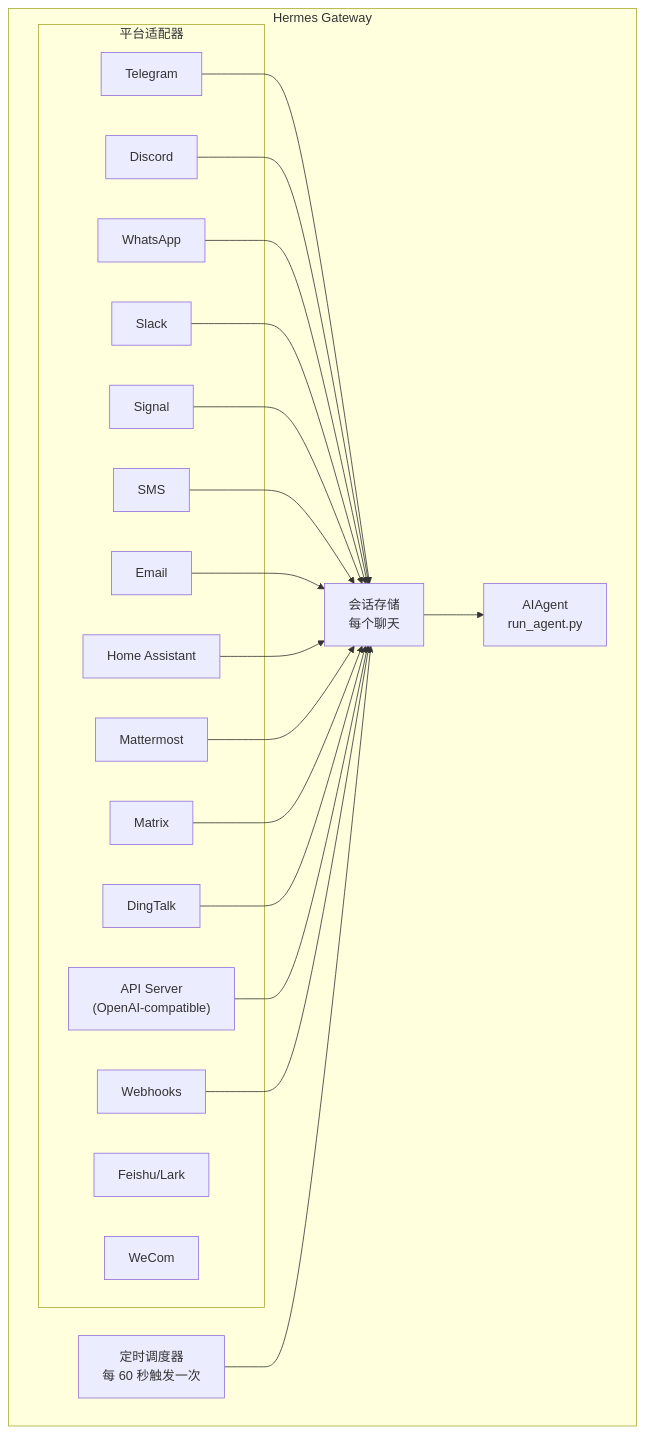
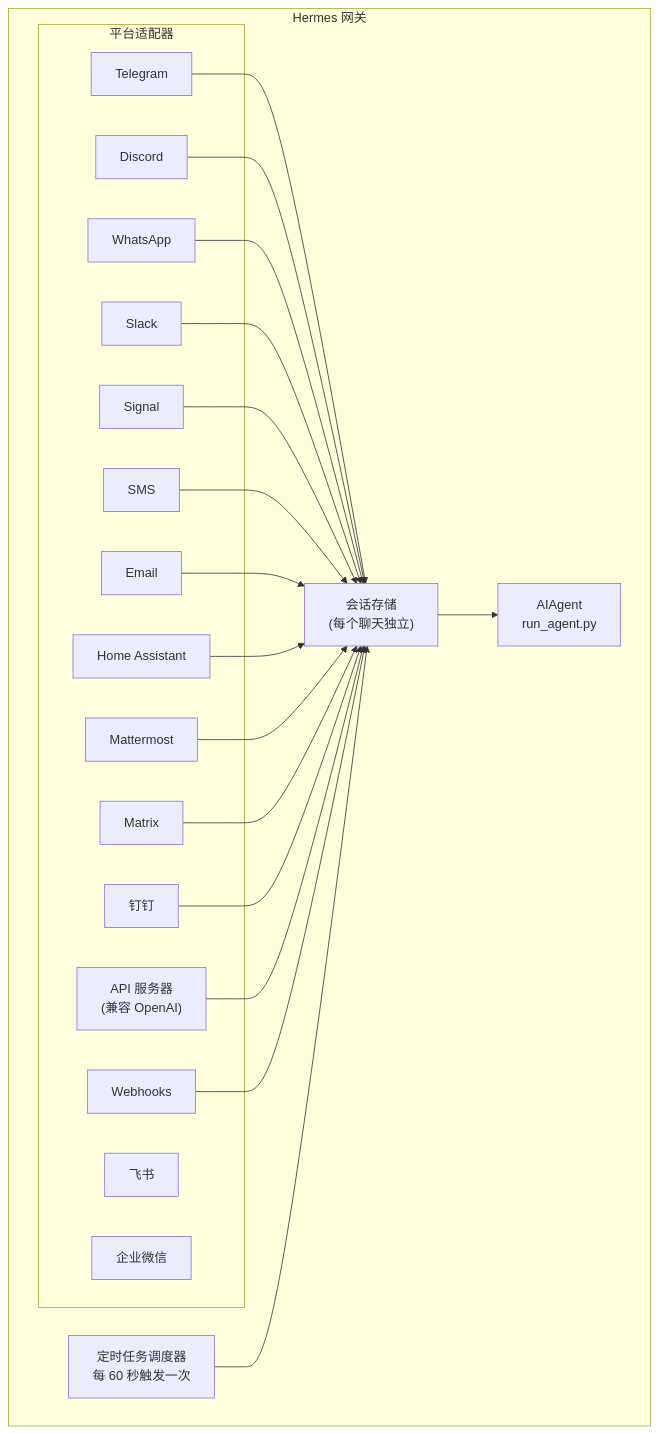
Before and after one commit to dracohu2025-cloud/hermes-agent: the diagram in site/docs/user-guide/messaging/index.md, drawn with Mermaid. The commit also changed other lines of this file and 181 other files, not shown here.

````diff
--- a/site/docs/user-guide/messaging/index.md
+++ b/site/docs/user-guide/messaging/index.md
@@ -35,42 +35,42 @@
 ```mermaid
 flowchart TB
-    subgraph Gateway["Hermes Gateway"]
+    subgraph Gateway["Hermes 网关"]
         subgraph Adapters["平台适配器"]
             tg[Telegram]
             dc[Discord]
             wa[WhatsApp]
             sl[Slack]
             sig[Signal]
             sms[SMS]
             em[Email]
             ha[Home Assistant]
             mm[Mattermost]
             mx[Matrix]
-            dt[DingTalk]
-    fs[Feishu/Lark]
-    wc[WeCom]
-            api["API Server<br/>(OpenAI-compatible)"]
+            dt[钉钉]
+    fs[飞书]
+    wc[企业微信]
+            api["API 服务器<br/>(兼容 OpenAI)"]
             wh[Webhooks]
         end
 
-        store["会话存储<br/>每个聊天"]
+        store["会话存储<br/>(每个聊天独立)"]
         agent["AIAgent<br/>run_agent.py"]
-        cron["定时调度器<br/>每 60 秒触发一次"]
+        cron["定时任务调度器<br/>每 60 秒触发一次"]
     end
 
     tg --> store
     dc --> store
     wa --> store
     sl --> store
     sig --> store
     sms --> store
     em --> store
     ha --> store
     mm --> store
     mx --> store
     dt --> store
     api --> store
     wh --> store
     store --> agent
     cron --> store
 ```
````
